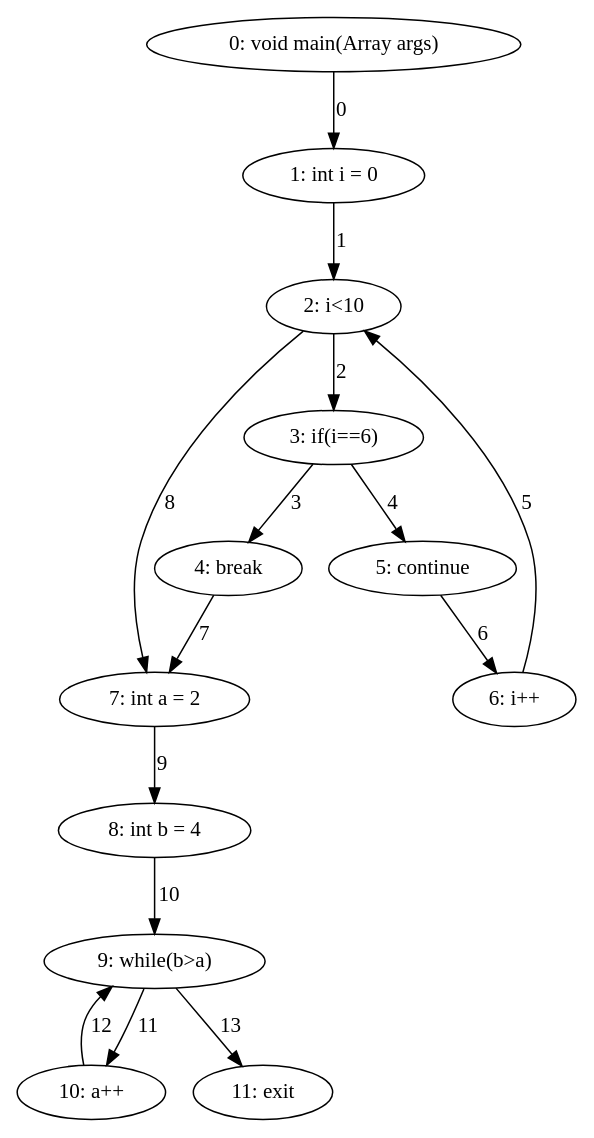
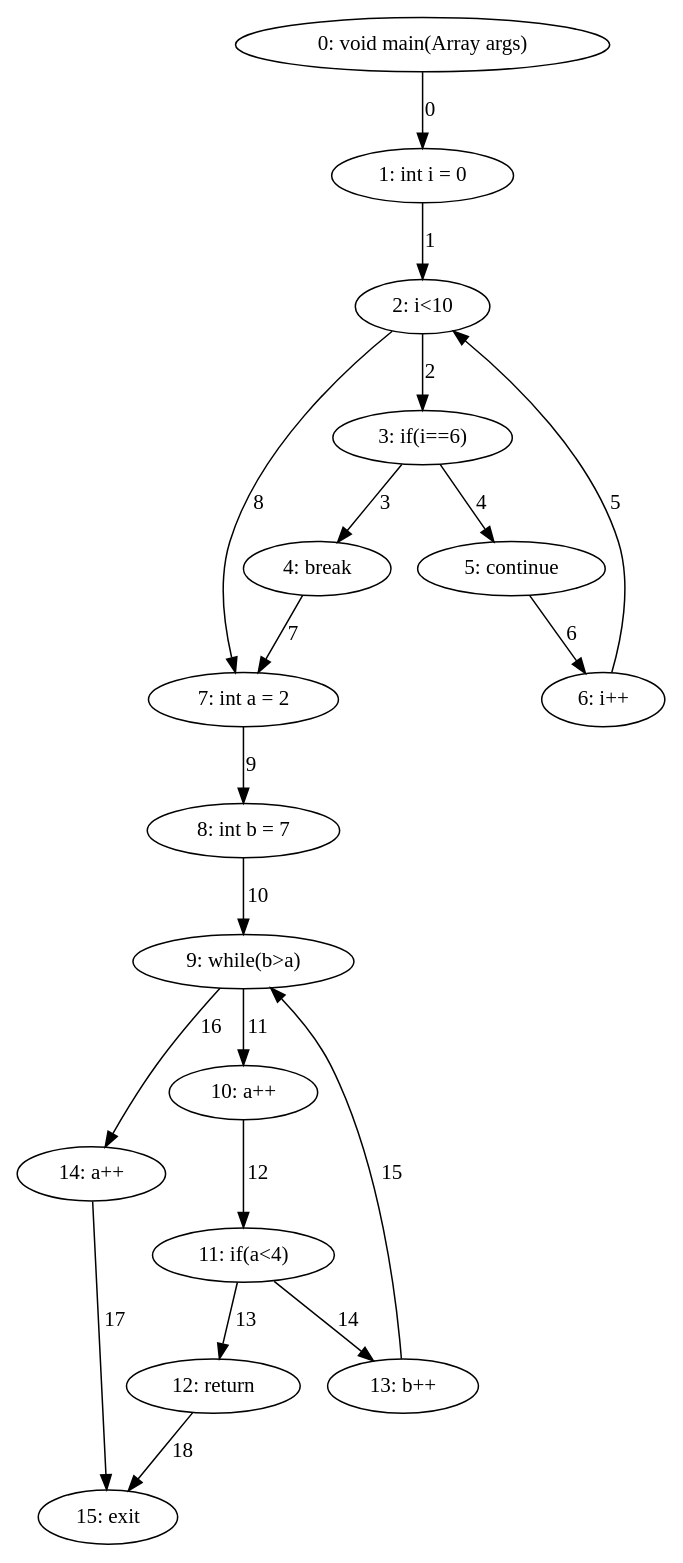
One commit to DominguesGM/comp_astanalyze changed the diagram in export/for_break_example_cfg.dot. Above: the diagram before and after it, drawn with Graphviz. The commit also changed 25 other files, not shown here.

```diff
--- a/export/for_break_example_cfg.dot
+++ b/export/for_break_example_cfg.dot
@@ -1,28 +1,37 @@
 digraph G {
   1 [ label="0: void main(Array args)" ];
   2 [ label="1: int i = 0" ];
   3 [ label="2: i<10" ];
   4 [ label="3: if(i==6)" ];
   5 [ label="4: break" ];
   6 [ label="5: continue" ];
   7 [ label="6: i++" ];
   8 [ label="7: int a = 2" ];
-  9 [ label="8: int b = 4" ];
+  9 [ label="8: int b = 7" ];
   10 [ label="9: while(b>a)" ];
   11 [ label="10: a++" ];
-  12 [ label="11: exit" ];
+  12 [ label="11: if(a<4)" ];
+  13 [ label="12: return" ];
+  14 [ label="13: b++" ];
+  15 [ label="14: a++" ];
+  16 [ label="15: exit" ];
   1 -> 2 [ label="0" ];
   2 -> 3 [ label="1" ];
   3 -> 4 [ label="2" ];
   4 -> 5 [ label="3" ];
   4 -> 6 [ label="4" ];
   7 -> 3 [ label="5" ];
   6 -> 7 [ label="6" ];
   5 -> 8 [ label="7" ];
   3 -> 8 [ label="8" ];
   8 -> 9 [ label="9" ];
   9 -> 10 [ label="10" ];
   10 -> 11 [ label="11" ];
-  11 -> 10 [ label="12" ];
-  10 -> 12 [ label="13" ];
+  11 -> 12 [ label="12" ];
+  12 -> 13 [ label="13" ];
+  12 -> 14 [ label="14" ];
+  14 -> 10 [ label="15" ];
+  10 -> 15 [ label="16" ];
+  15 -> 16 [ label="17" ];
+  13 -> 16 [ label="18" ];
 }
```
